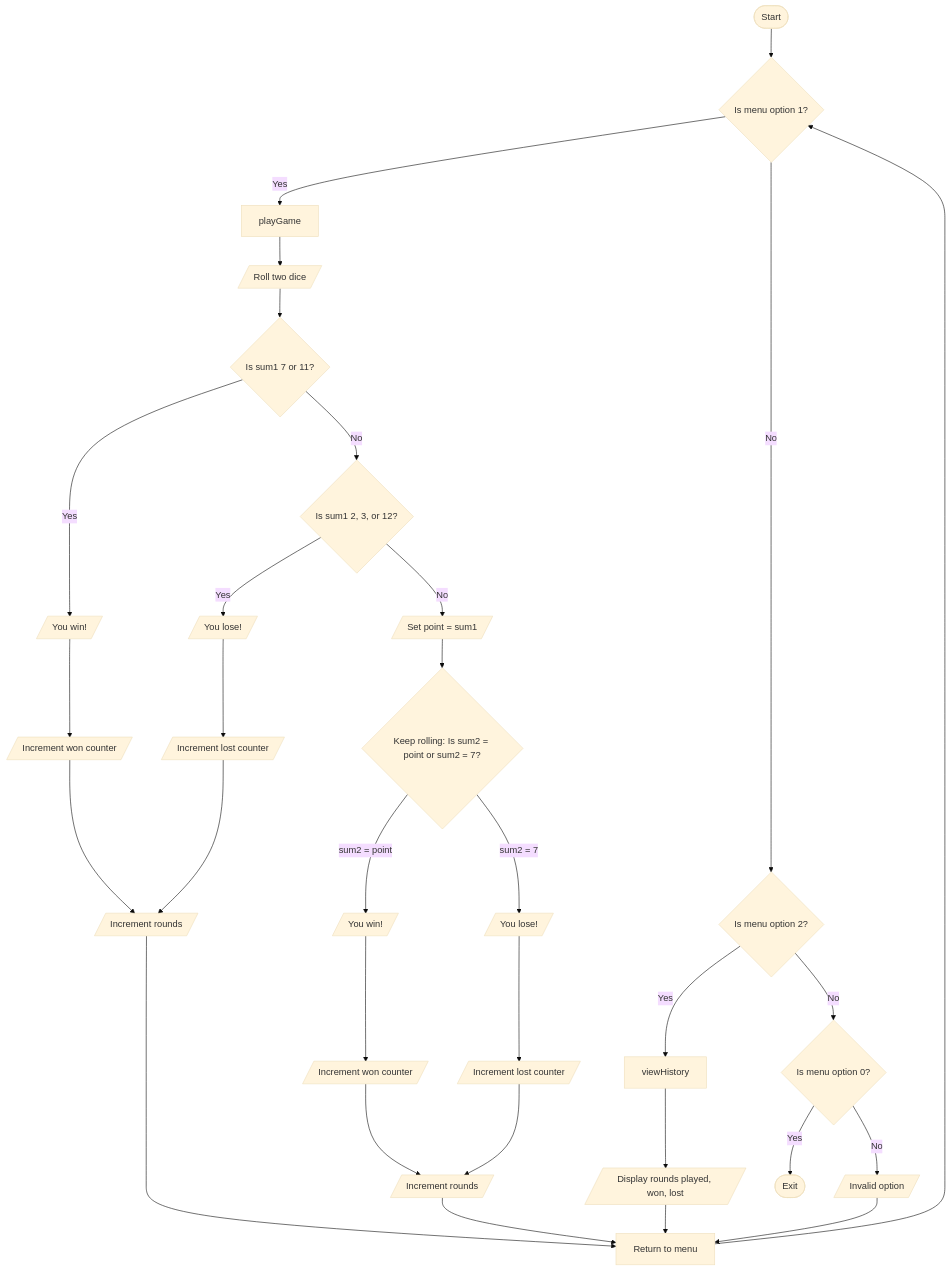
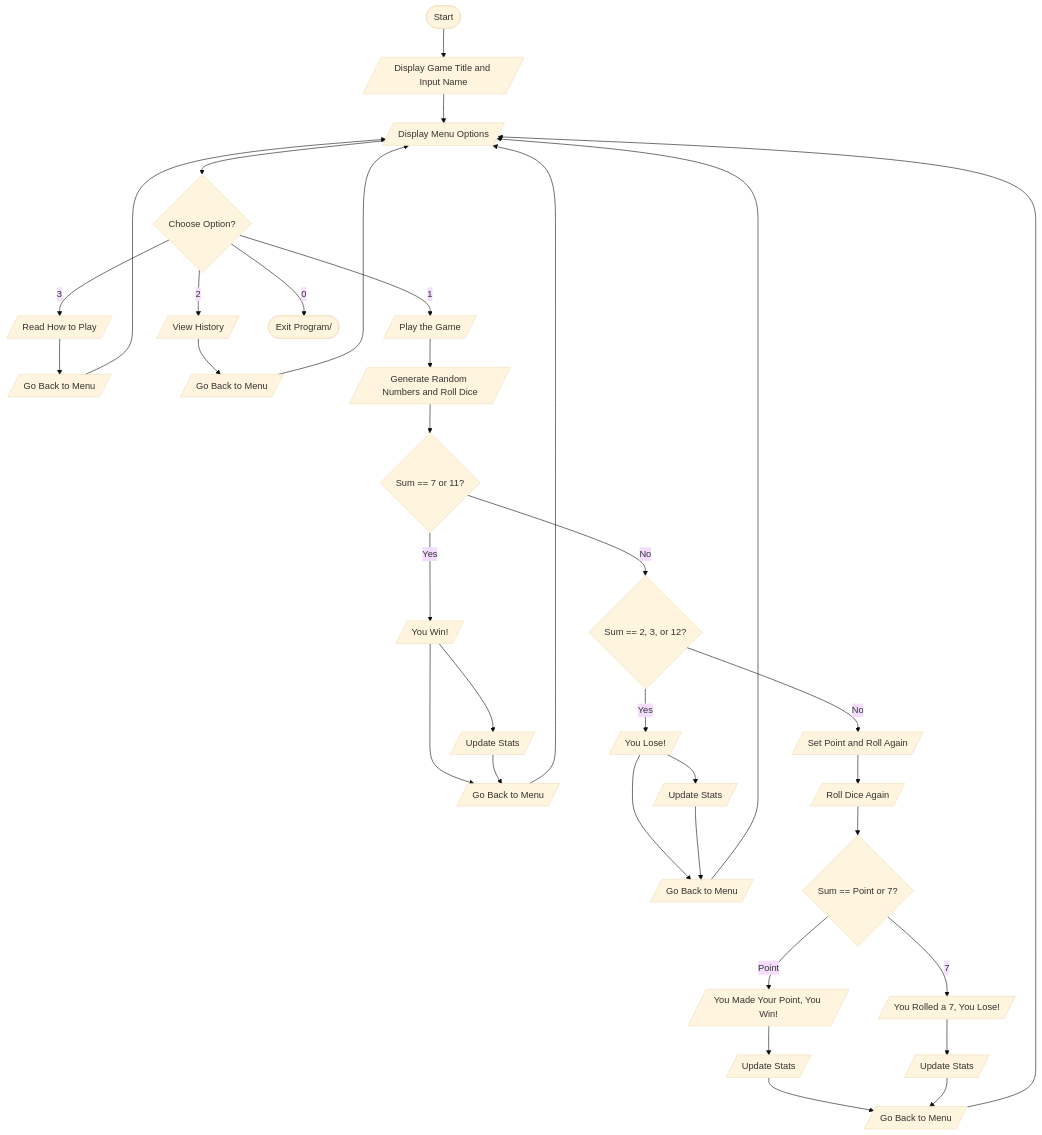
One commit to SWEG-2016EC-Batch/The-5-Bits changed the diagram in Craps_Dice_Game/dice crap.md. Above: the diagram before and after it, drawn with Mermaid (base theme).

Commit message:
Update dice crap.md

````diff
--- a/Craps_Dice_Game/dice crap.md
+++ b/Craps_Dice_Game/dice crap.md
@@ -1,42 +1,48 @@
 ```mermaid
 
 flowchart TD
-    start([Start]) --> mainMenu{Is menu option 1?}
-    mainMenu -->|Yes| playGame
-    mainMenu -->|No| checkOption2{Is menu option 2?}
-    checkOption2 -->|Yes| viewHistory
-    checkOption2 -->|No| checkExit{Is menu option 0?}
-    checkExit -->|Yes| exit([Exit])
-    checkExit -->|No| invalidOption[/Invalid option/]
-
-    viewHistory --> displayHistory[/Display rounds played, won, lost/]
-    displayHistory --> returnToMenu[Return to menu]
-    returnToMenu --> mainMenu
-
-    playGame --> rollDice[/Roll two dice/]
-    rollDice --> checkSum1{Is sum1 7 or 11?}
-    checkSum1 -->|Yes| win1[/You win!/]
-    checkSum1 -->|No| checkLose1{Is sum1 2, 3, or 12?}
-    checkLose1 -->|Yes| lose1[/You lose!/]
-    checkLose1 -->|No| setPoint[/Set point = sum1/]
-
-    setPoint --> rollUntil{Keep rolling: Is sum2 = point or sum2 = 7?}
-    rollUntil -->|sum2 = point| win2[/You win!/]
-    rollUntil -->|sum2 = 7| lose2[/You lose!/]
-
-    win1 --> incrementWon1[/Increment won counter/]
-    lose1 --> incrementLost1[/Increment lost counter/]
-    win2 --> incrementWon2[/Increment won counter/]
-    lose2 --> incrementLost2[/Increment lost counter/]
-
-    incrementWon1 --> incrementRounds1[/Increment rounds/]
-    incrementLost1 --> incrementRounds1
-    incrementWon2 --> incrementRounds2[/Increment rounds/]
-    incrementLost2 --> incrementRounds2
-
-    incrementRounds1 --> returnToMenu
-    incrementRounds2 --> returnToMenu
-    invalidOption --> returnToMenu
+    start([Start]) --> title[/Display Game Title and Input Name/]
+    title --> menuOptions[/Display Menu Options/]
+    menuOptions --> menuDecision{Choose Option?}
+    
+    menuDecision -->|1| playGame[/Play the Game/]
+    menuDecision -->|2| viewHistory[/View History/]
+    menuDecision -->|3| howToPlay[/Read How to Play/]
+    menuDecision -->|0| exit([Exit Program/])
+    
+    howToPlay --> backToMenu1[/Go Back to Menu/]
+    backToMenu1 --> menuOptions
+    
+    viewHistory --> backToMenu2[/Go Back to Menu/]
+    backToMenu2 --> menuOptions
+    
+    playGame --> rollDice[/Generate Random Numbers and Roll Dice/]
+    rollDice --> checkSum1{Sum == 7 or 11?}
+    checkSum1 -->|Yes| win1[/You Win!/]
+    win1 --> updateStats1[/Update Stats/]
+    win1 --> backToMenu3[/Go Back to Menu/]
+    updateStats1 --> backToMenu3
+    backToMenu3 --> menuOptions
+    
+    checkSum1 -->|No| checkSum2{Sum == 2, 3, or 12?}
+    checkSum2 -->|Yes| lose1[/You Lose!/]
+    lose1 --> updateStats2[/Update Stats/]
+    lose1 --> backToMenu4[/Go Back to Menu/]
+    updateStats2 --> backToMenu4
+    backToMenu4 --> menuOptions
+    
+    checkSum2 -->|No| setPoint[/Set Point and Roll Again/]
+    setPoint --> rollAgain[/Roll Dice Again/]
+    rollAgain --> checkPoint{Sum == Point or 7?}
+    checkPoint -->|Point| win2[/You Made Your Point, You Win!/]
+    checkPoint -->|7| lose2[/You Rolled a 7, You Lose!/]
+    
+    win2 --> updateStats3[/Update Stats/]
+    lose2 --> updateStats4[/Update Stats/]
+    
+    updateStats3 --> backToMenu5[/Go Back to Menu/]
+    updateStats4 --> backToMenu5
+    backToMenu5 --> menuOptions
 
 
 ```
````
